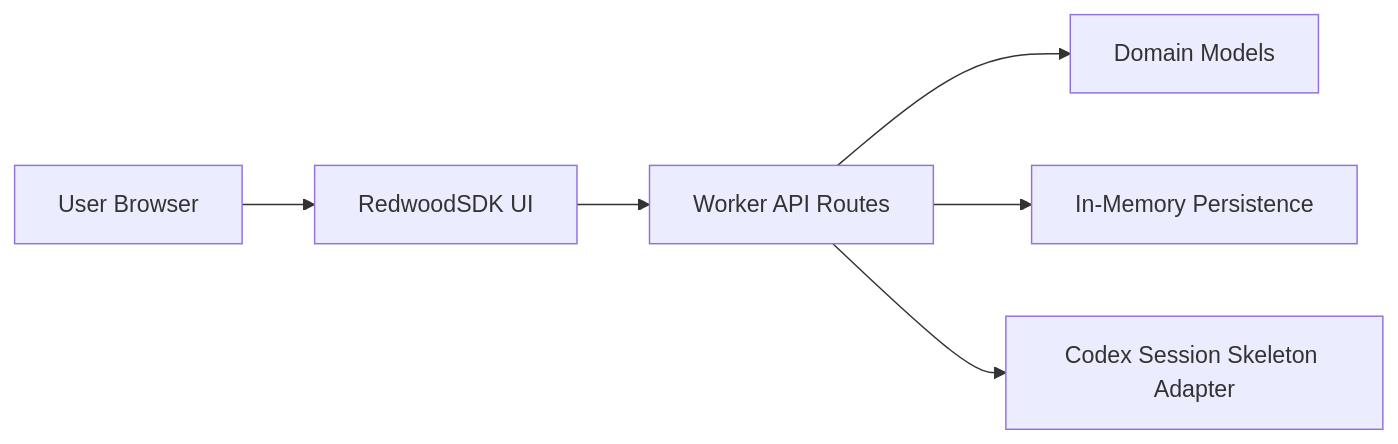
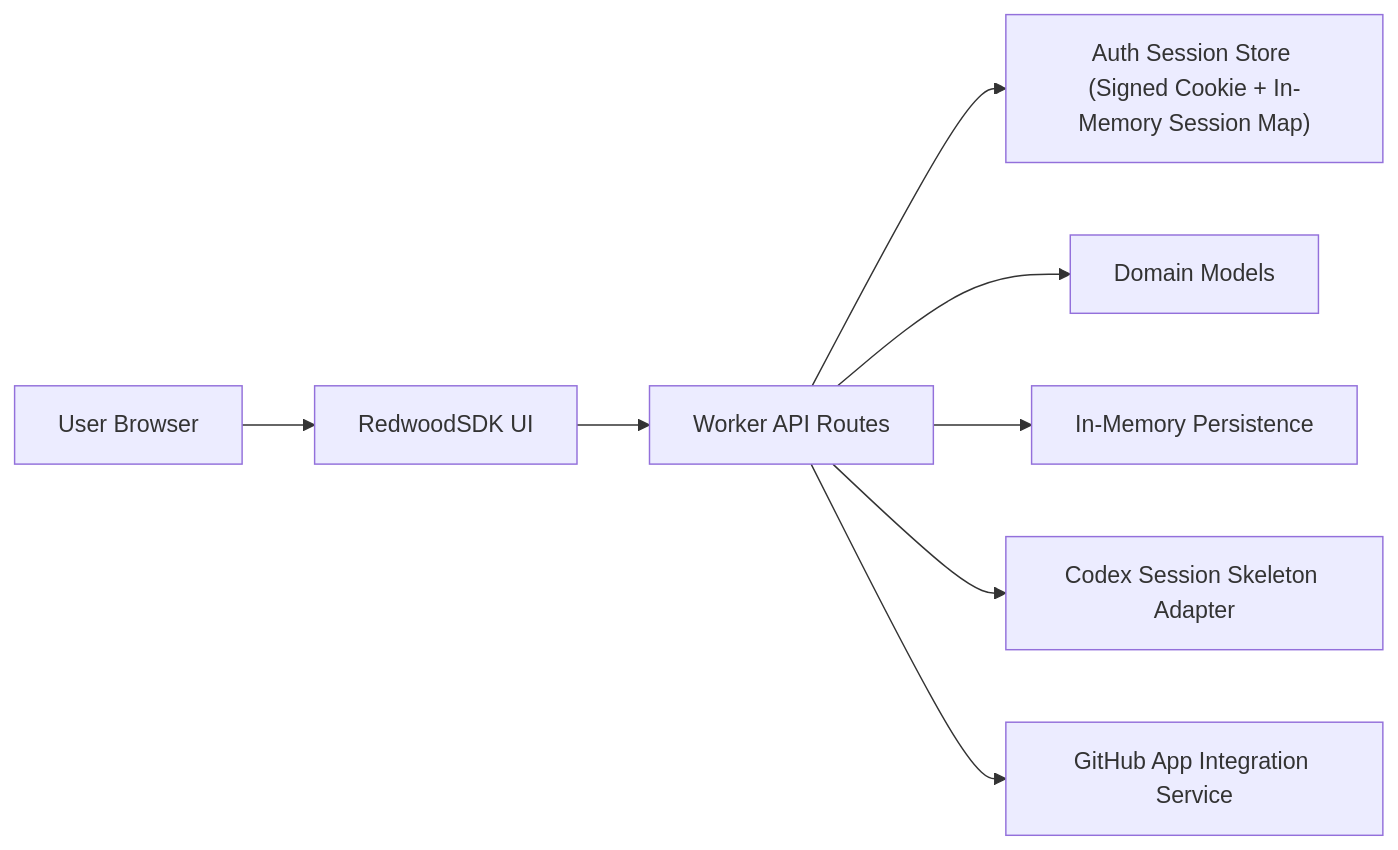
The diagram in docs/ARCHITECTURE.md (georgestander/scenarioForge), drawn with Mermaid before and after one commit. The commit also changed other lines of this file and 2 other files, not shown here.

Commit message:
docs: mark phase1 complete and align architecture/backlog

````diff
--- a/docs/ARCHITECTURE.md
+++ b/docs/ARCHITECTURE.md
@@ -98,8 +101,10 @@
 ```mermaid
 flowchart LR
   U["User Browser"] --> W["RedwoodSDK UI"]
   W --> A["Worker API Routes"]
+  A --> S["Auth Session Store (Signed Cookie + In-Memory Session Map)"]
   A --> D["Domain Models"]
   A --> P["In-Memory Persistence"]
   A --> C["Codex Session Skeleton Adapter"]
+  A --> G["GitHub App Integration Service"]
 ```
````
